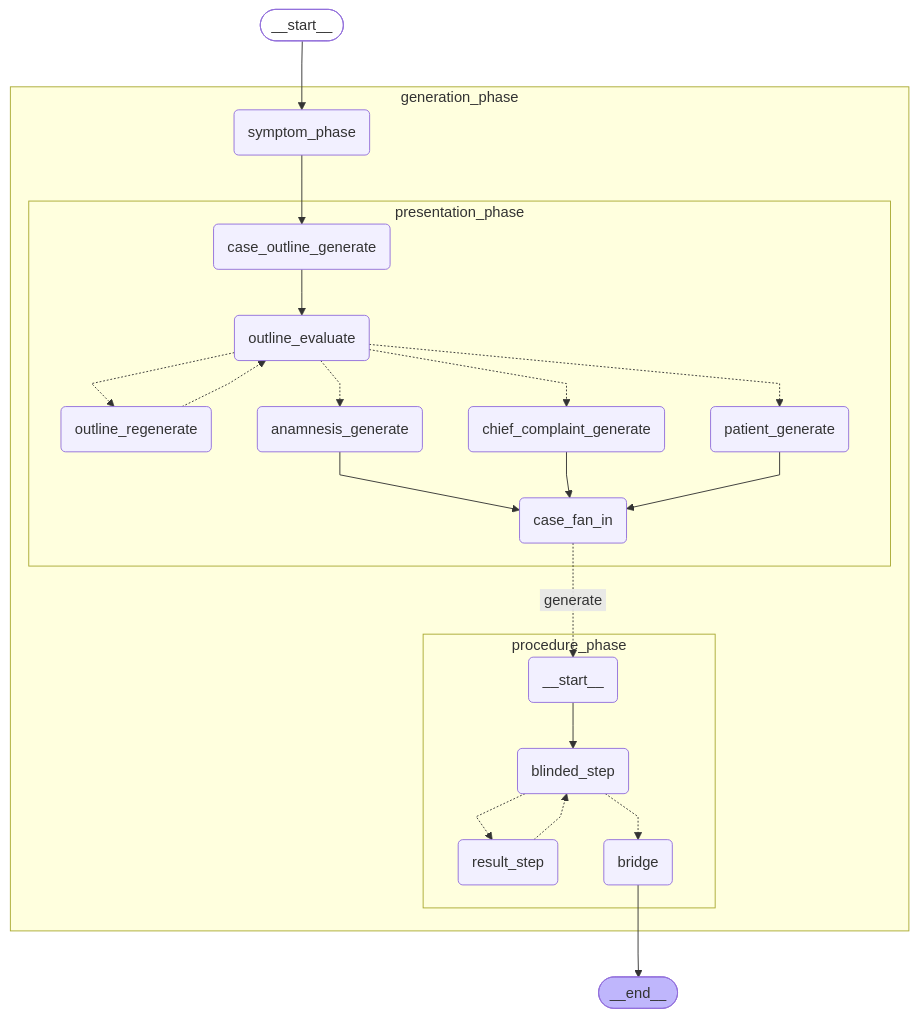
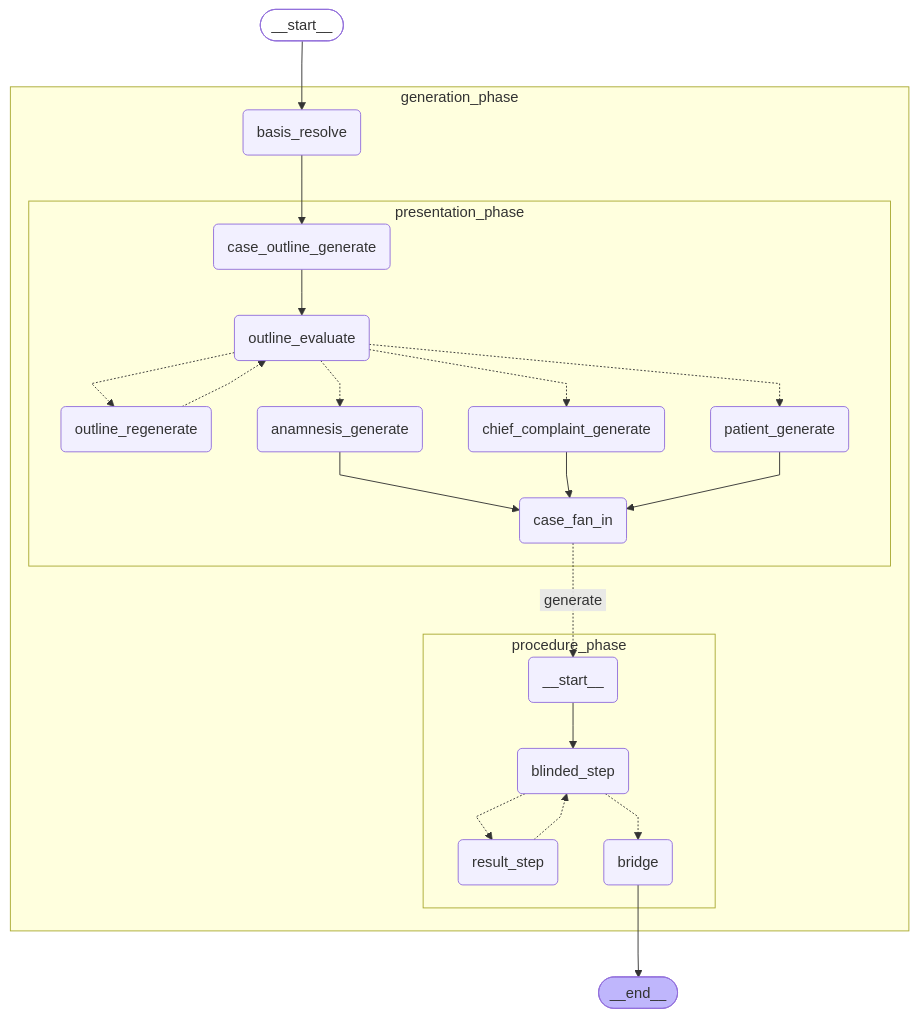
The diagram in docs/graphs/case-graph.none.mmd (janthoXO/AetioMed), drawn with Mermaid before and after one commit. The commit also changed 28 other files, not shown here.

```diff
--- a/docs/graphs/case-graph.none.mmd
+++ b/docs/graphs/case-graph.none.mmd
@@ -1,42 +1,42 @@
 %%{init: {'flowchart': {'curve': 'linear'}}}%%
 graph TD;
 	__start__([<p>__start__</p>]):::first
-	generation_phase_symptom_phase(symptom_phase)
+	generation_phase_basis_resolve(basis_resolve)
 	generation_phase_presentation_phase_case_outline_generate(case_outline_generate)
 	generation_phase_presentation_phase_outline_evaluate(outline_evaluate)
 	generation_phase_presentation_phase_outline_regenerate(outline_regenerate)
 	generation_phase_presentation_phase_patient_generate(patient_generate)
 	generation_phase_presentation_phase_chief_complaint_generate(chief_complaint_generate)
 	generation_phase_presentation_phase_anamnesis_generate(anamnesis_generate)
 	generation_phase_presentation_phase_case_fan_in(case_fan_in)
 	generation_phase_procedure_phase___start__(<p>__start__</p>)
 	generation_phase_procedure_phase_blinded_step(blinded_step)
 	generation_phase_procedure_phase_result_step(result_step)
 	generation_phase_procedure_phase_bridge(bridge)
 	__end__([<p>__end__</p>]):::last
-	__start__ --> generation_phase_symptom_phase;
+	__start__ --> generation_phase_basis_resolve;
 	generation_phase_procedure_phase_bridge --> __end__;
 	subgraph generation_phase
 	subgraph presentation_phase
 	generation_phase_presentation_phase_anamnesis_generate --> generation_phase_presentation_phase_case_fan_in;
 	generation_phase_presentation_phase_case_outline_generate --> generation_phase_presentation_phase_outline_evaluate;
 	generation_phase_presentation_phase_chief_complaint_generate --> generation_phase_presentation_phase_case_fan_in;
 	generation_phase_presentation_phase_patient_generate --> generation_phase_presentation_phase_case_fan_in;
 	generation_phase_presentation_phase_outline_evaluate -.-> generation_phase_presentation_phase_outline_regenerate;
 	generation_phase_presentation_phase_outline_evaluate -.-> generation_phase_presentation_phase_patient_generate;
 	generation_phase_presentation_phase_outline_evaluate -.-> generation_phase_presentation_phase_chief_complaint_generate;
 	generation_phase_presentation_phase_outline_evaluate -.-> generation_phase_presentation_phase_anamnesis_generate;
 	generation_phase_presentation_phase_outline_regenerate -.-> generation_phase_presentation_phase_outline_evaluate;
 	end
 	subgraph procedure_phase
 	generation_phase_procedure_phase___start__ --> generation_phase_procedure_phase_blinded_step;
 	generation_phase_procedure_phase_blinded_step -.-> generation_phase_procedure_phase_result_step;
 	generation_phase_procedure_phase_blinded_step -.-> generation_phase_procedure_phase_bridge;
 	generation_phase_procedure_phase_result_step -.-> generation_phase_procedure_phase_blinded_step;
 	end
-	generation_phase_symptom_phase --> generation_phase_presentation_phase_case_outline_generate;
+	generation_phase_basis_resolve --> generation_phase_presentation_phase_case_outline_generate;
 	generation_phase_presentation_phase_case_fan_in -. &nbsp;generate&nbsp; .-> generation_phase_procedure_phase___start__;
 	end
 	classDef default fill:#f2f0ff,line-height:1.2;
 	classDef first fill-opacity:0;
 	classDef last fill:#bfb6fc;
```
